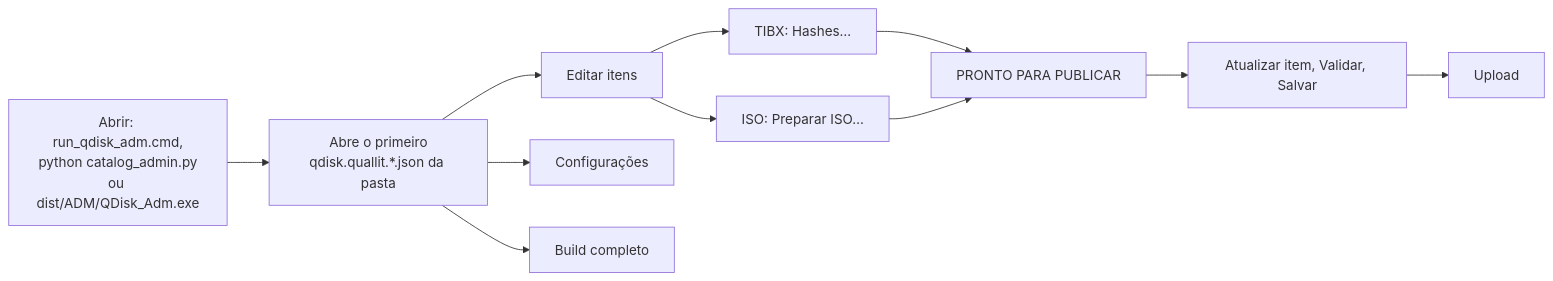
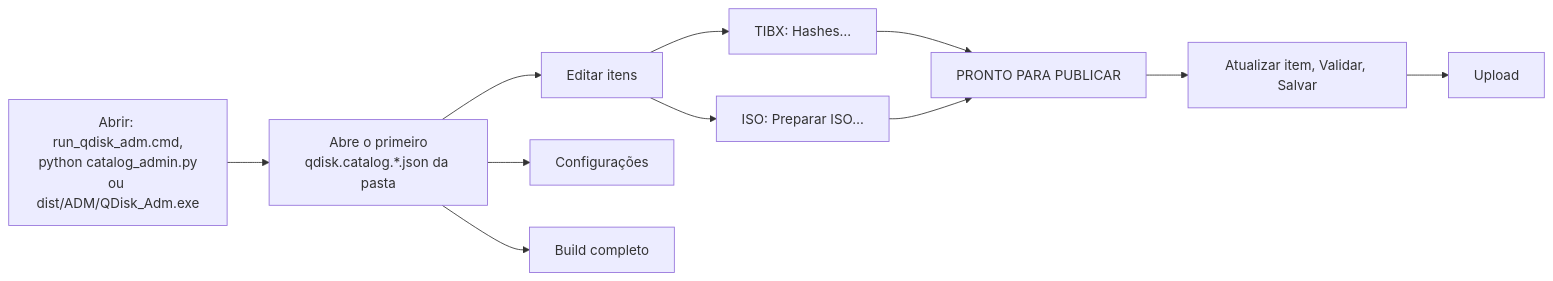
One commit to MarceloSobral-Quallit/Q-DISK changed the first of 11 diagrams in docs/FLUXOS_QDisk_Adm.md. Above: the diagram before and after it, drawn with Mermaid. The commit also changed other lines of this file and 23 other files, not shown here.

Commit message:
refactor: catálogos qdisk.catalog.*.json e manifesto de atualização qdisk.update.json

````diff
--- a/docs/FLUXOS_QDisk_Adm.md
+++ b/docs/FLUXOS_QDisk_Adm.md
@@ -24,13 +24,13 @@
 ```mermaid
 flowchart LR
-    A["Abrir: run_qdisk_adm.cmd,<br/>python catalog_admin.py<br/>ou dist/ADM/QDisk_Adm.exe"] --> B["Abre o primeiro<br/>qdisk.quallit.*.json da pasta"]
+    A["Abrir: run_qdisk_adm.cmd,<br/>python catalog_admin.py<br/>ou dist/ADM/QDisk_Adm.exe"] --> B["Abre o primeiro<br/>qdisk.catalog.*.json da pasta"]
     B --> C[Editar itens]
     C --> D["TIBX: Hashes…"]
     C --> E["ISO: Preparar ISO…"]
     D --> F[PRONTO PARA PUBLICAR]
     E --> F
     F --> G[Atualizar item, Validar, Salvar]
     G --> H[Upload]
     B --> I[Configurações]
     B --> J[Build completo]
 ```
````
